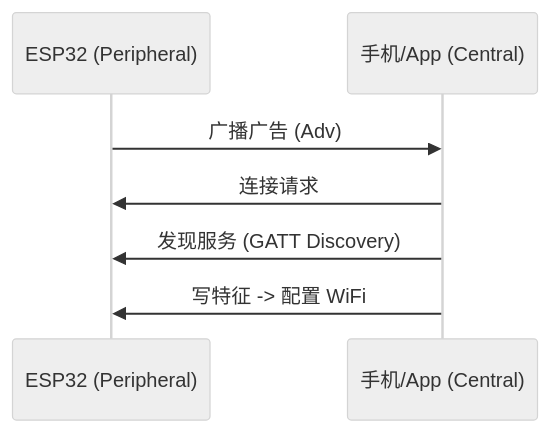
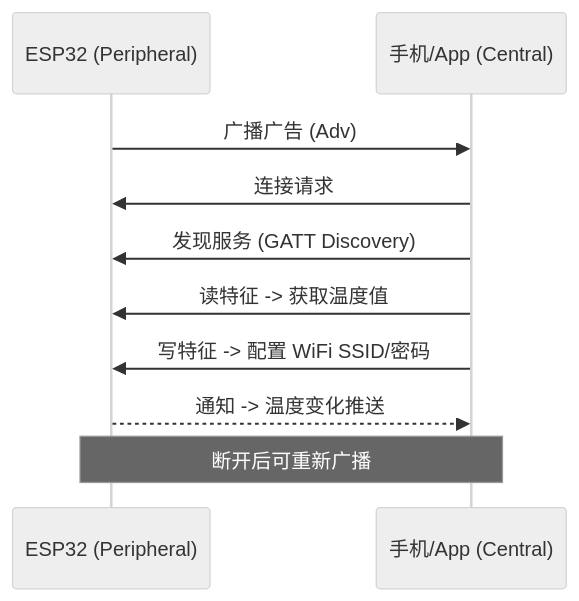
The third of 6 diagrams in docs/chapter10.md (roboticsystem/embedded-systems-grad-course), drawn with Mermaid (neutral theme) before and after one commit. The commit also changed other lines of this file and 8 other files, not shown here.

````diff
--- a/docs/chapter10.md
+++ b/docs/chapter10.md
@@ -80,9 +179,12 @@
 ```mermaid
 sequenceDiagram
-  participant Peripheral as ESP32 (Peripheral)
-  participant Central as 手机/App (Central)
-  Peripheral->>Central: 广播广告 (Adv)
-  Central->>Peripheral: 连接请求
-  Central->>Peripheral: 发现服务 (GATT Discovery)
-  Central->>Peripheral: 写特征 -> 配置 WiFi
+    participant P as ESP32 (Peripheral)
+    participant C as 手机/App (Central)
+    P->>C: 广播广告 (Adv)
+    C->>P: 连接请求
+    C->>P: 发现服务 (GATT Discovery)
+    C->>P: 读特征 -> 获取温度值
+    C->>P: 写特征 -> 配置 WiFi SSID/密码
+    P-->>C: 通知 -> 温度变化推送
+    Note over P,C: 断开后可重新广播
 ```
````
